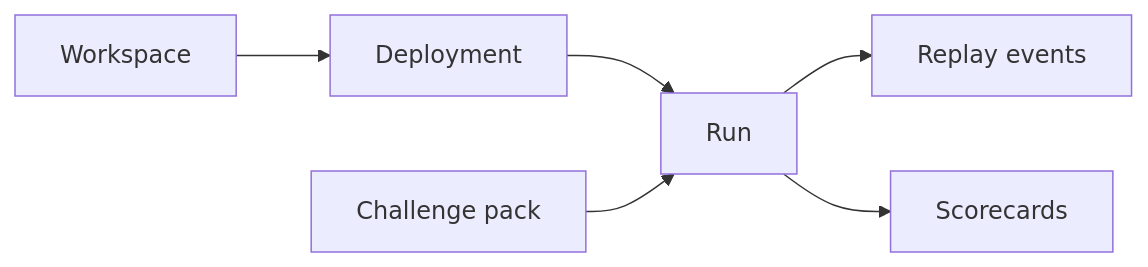
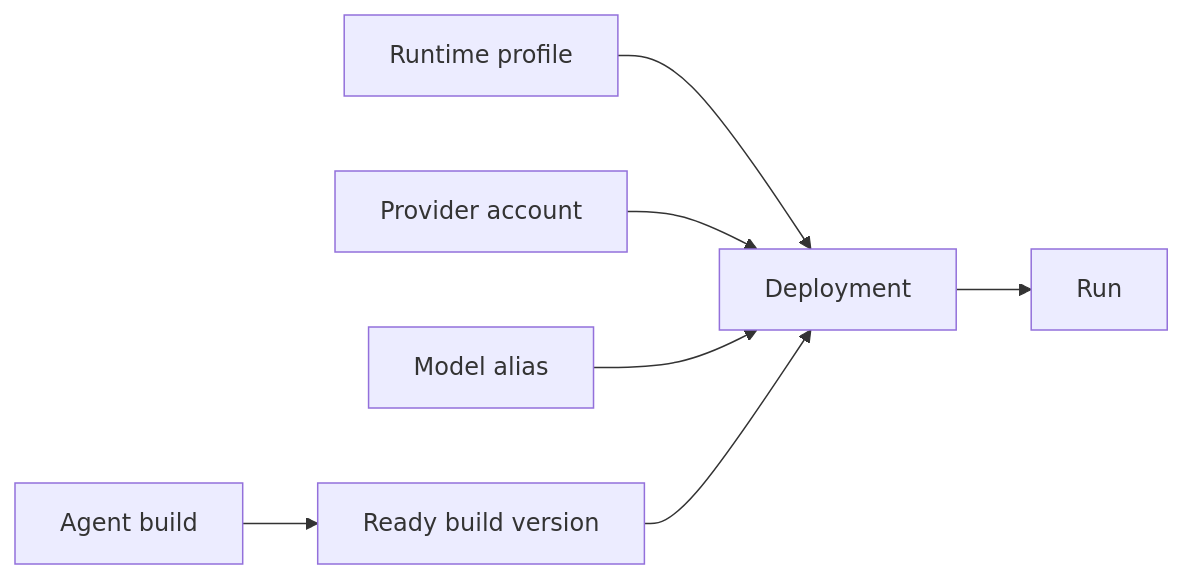
One commit to agentclash/agentclash changed the diagram in web/content/docs/concepts/agents-and-deployments.mdx. Above: the diagram before and after it, drawn with Mermaid. The commit also changed other lines of this file and 7 other files, not shown here.

````diff
--- a/web/content/docs/concepts/agents-and-deployments.mdx
+++ b/web/content/docs/concepts/agents-and-deployments.mdx
@@ -30,8 +36,9 @@
 ```mermaid
 flowchart LR
-  W[Workspace] --> D[Deployment]
+  AB[Agent build] --> BV[Ready build version]
+  RP[Runtime profile] --> D[Deployment]
+  PA[Provider account] --> D
+  MA[Model alias] --> D
+  BV --> D
   D --> R[Run]
-  CP[Challenge pack] --> R
-  R --> EV[Replay events]
-  R --> SC[Scorecards]
 ```
````
